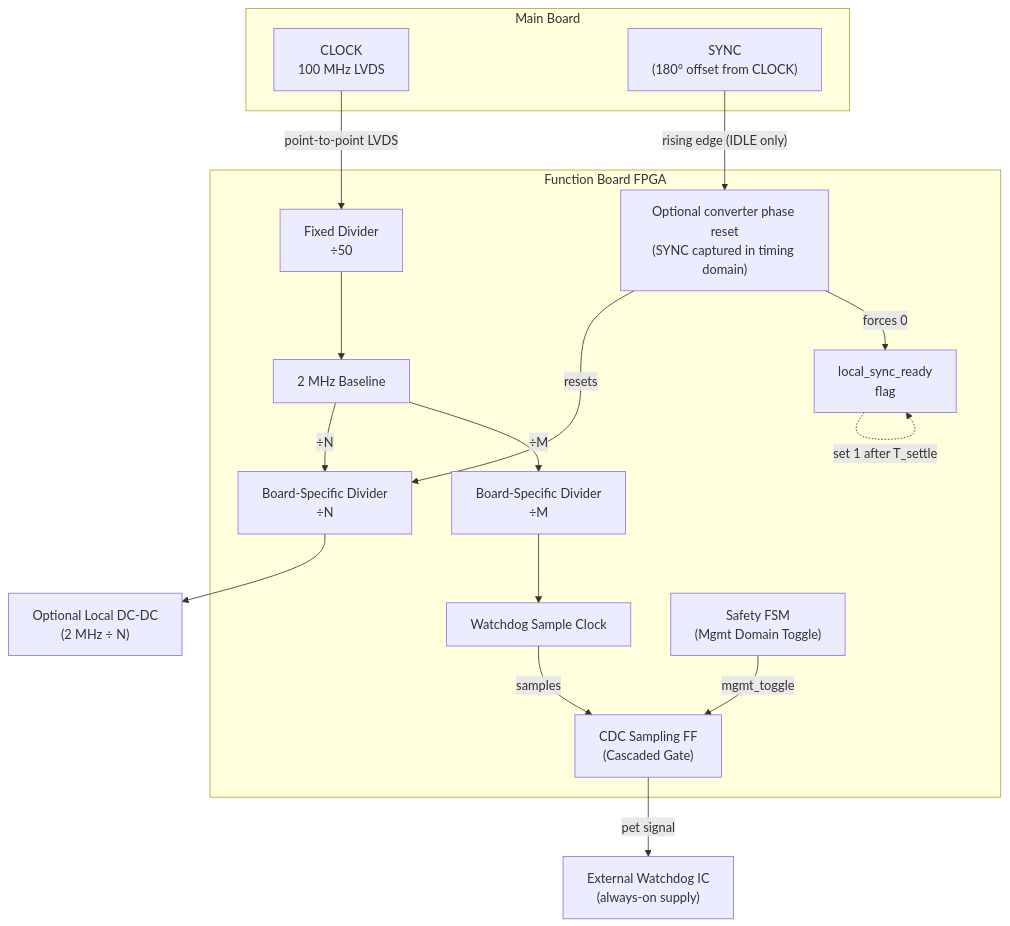
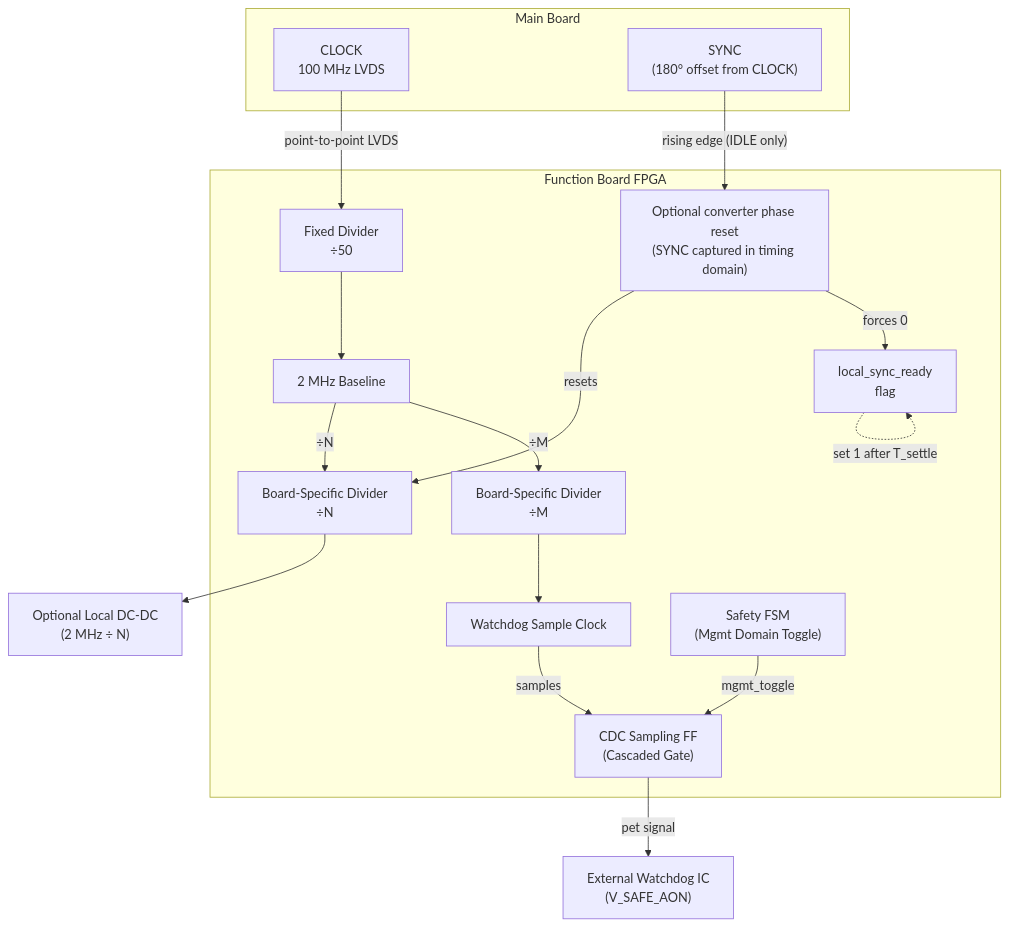
The diagram in decisions/ADR-004_clock_sync_distribution.md (bcancinov/mdc-architecture), drawn with Mermaid before and after one commit. The commit also changed other lines of this file and 8 other files, not shown here.

````diff
--- a/decisions/ADR-004_clock_sync_distribution.md
+++ b/decisions/ADR-004_clock_sync_distribution.md
@@ -75,38 +75,38 @@
 ```mermaid
 graph TD
     subgraph main ["Main Board"]
         CLK["CLOCK\n100 MHz LVDS"]
         SYN["SYNC\n(180° offset from CLOCK)"]
     end
 
     subgraph fn ["Function Board FPGA"]
         DIV50["Fixed Divider\n÷50"]
         BASE["2 MHz Baseline"]
         DIV_N["Board-Specific Divider\n÷N"]
         DIV_M["Board-Specific Divider\n÷M"]
         PET_CLK["Watchdog Sample Clock"]
         RST["Optional converter phase reset\n(SYNC captured in timing domain)"]
         RDY["local_sync_ready\nflag"]
         FSM["Safety FSM\n(Mgmt Domain Toggle)"]
         SAMP["CDC Sampling FF\n(Cascaded Gate)"]
     end
 
     DCDC["Optional Local DC-DC\n(2 MHz ÷ N)"]
-    WD["External Watchdog IC\n(always-on supply)"]
+    WD["External Watchdog IC\n(V_SAFE_AON)"]
 
     CLK -- "point-to-point LVDS" --> DIV50
     DIV50 --> BASE
     BASE -- "÷N" --> DIV_N --> DCDC
     BASE -- "÷M" --> DIV_M --> PET_CLK
 
     %% Cascaded Watchdog Logic
     FSM -- "mgmt_toggle" --> SAMP
     PET_CLK -- "samples" --> SAMP
     SAMP -- "pet signal" --> WD
 
     %% Sync Logic
     SYN -- "rising edge (IDLE only)" --> RST
     RST -- "resets" --> DIV_N
     RST -- "forces 0" --> RDY
     RDY -. "set 1 after T_settle" .-> RDY
 ```
````
